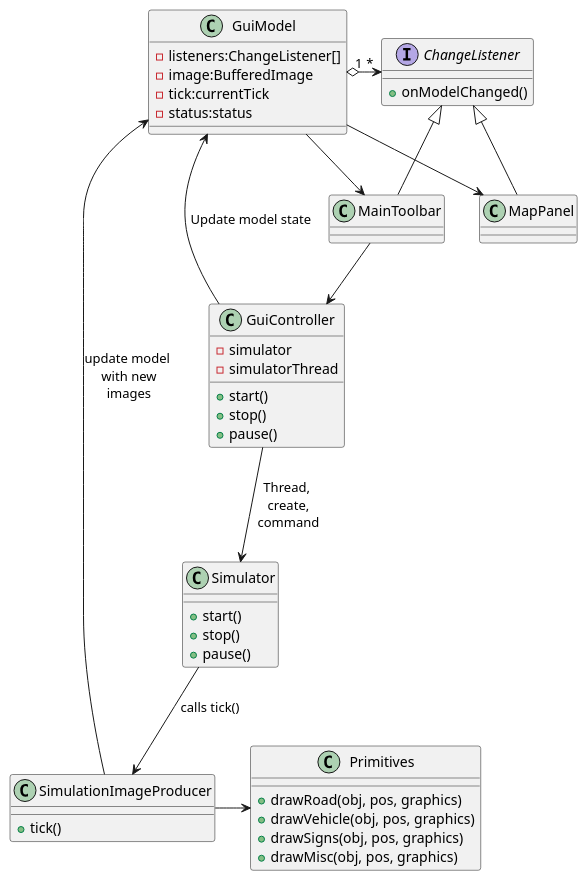
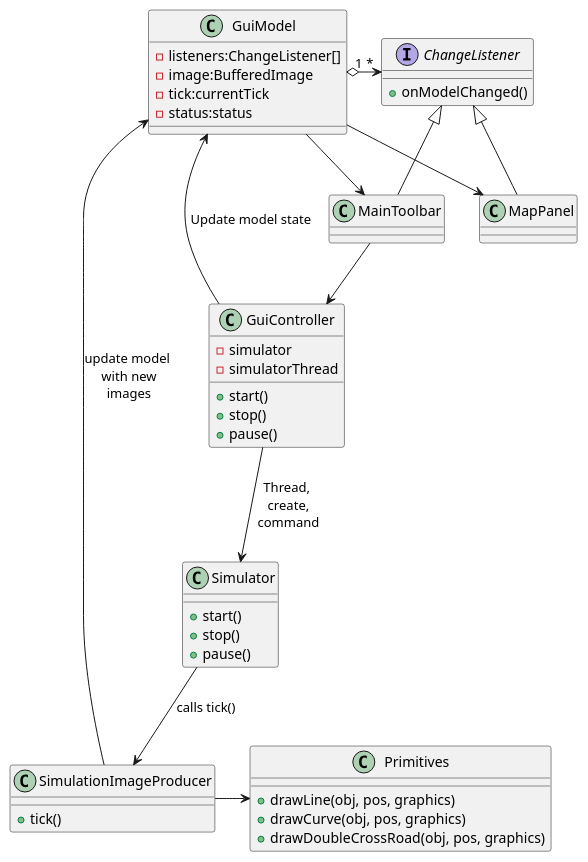
One commit to teamIndexZero/index_zero_trafficsystem changed the diagram in uml_diagrams/GUI.puml. Above: the diagram before and after it, drawn with PlantUML.

Commit message:
Normal UML changes

```diff
--- a/uml_diagrams/GUI.puml
+++ b/uml_diagrams/GUI.puml
@@ -1,65 +1,64 @@
 @startuml
 
 class GuiModel {
   -listeners:ChangeListener[]
   -image:BufferedImage
   -tick:currentTick
   -status:status
 }
 
 interface ChangeListener {
  +onModelChanged()
 }
 
 GuiModel "1" o-> "*" ChangeListener
 
 class GuiController {
  -simulator
  -simulatorThread
  +start()
  +stop()
  +pause()
 }
 
 class SimulationImageProducer {
 +tick()
 }
 
 class Primitives {
-+drawRoad(obj, pos, graphics)
-+drawVehicle(obj, pos, graphics)
-+drawSigns(obj, pos, graphics)
-+drawMisc(obj, pos, graphics)
++drawLine(obj, pos, graphics)
++drawCurve(obj, pos, graphics)
++drawDoubleCrossRoad(obj, pos, graphics)
 }
 
 Simulator --> SimulationImageProducer: calls tick()
 
 
 GuiModel <-- SimulationImageProducer:update model \nwith new\nimages
 SimulationImageProducer -> Primitives
 
 
 class Simulator {
 +start()
 +stop()
 +pause()
 }
 
 GuiController --> Simulator: Thread, \ncreate,\ncommand
 
 GuiController -> GuiModel: Update model state
 
 class MainToolbar {
 }
 
 class MapPanel {
 }
 
 ChangeListener <|-- MainToolbar
 ChangeListener <|-- MapPanel
 
 MainToolbar <-- GuiModel
 MapPanel <-- GuiModel
 
 MainToolbar --> GuiController
 @enduml
```
